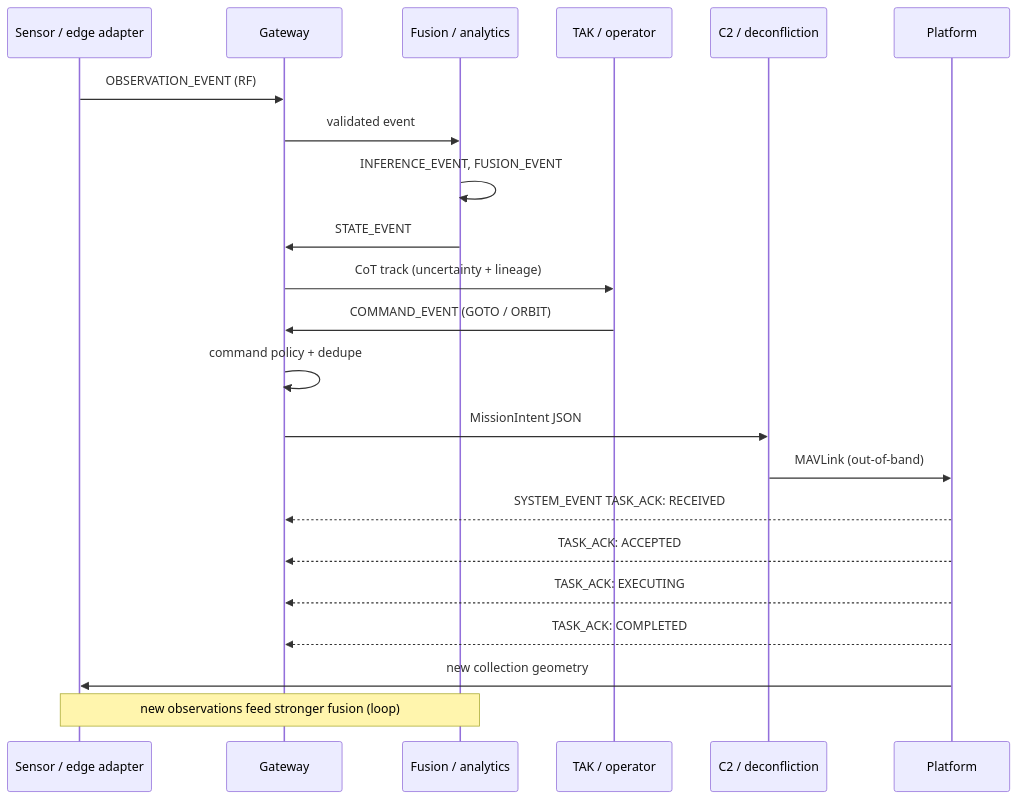
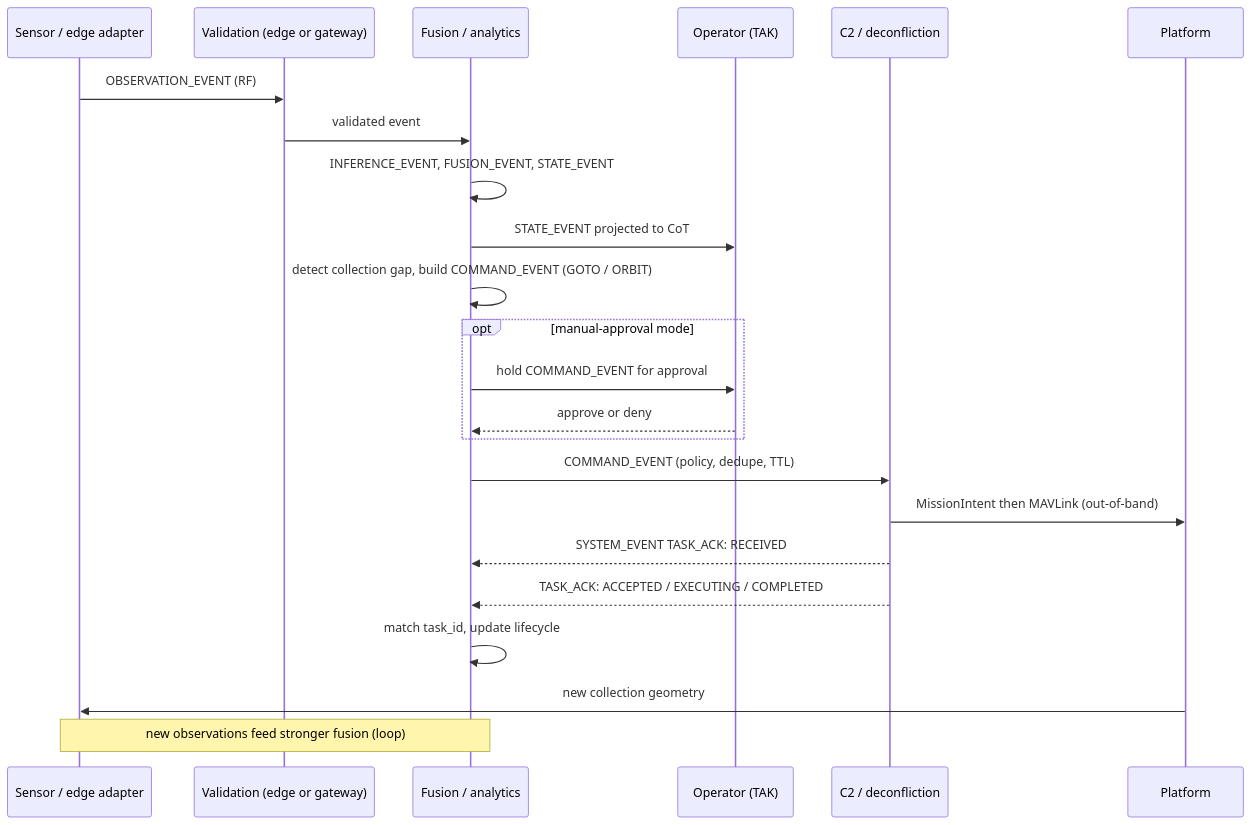
The fifth of 5 diagrams in docs/zmeta_professional_overview.md (JTC-byte/zmeta-spec), drawn with Mermaid before and after one commit. The commit also changed other lines of this file, not shown here.

First line of the commit message:
Tighten overview gateway and retasking semantics

````diff
--- a/docs/zmeta_professional_overview.md
+++ b/docs/zmeta_professional_overview.md
@@ -577,25 +582,26 @@
 ```mermaid
 sequenceDiagram
   participant S as Sensor / edge adapter
-  participant G as Gateway
+  participant G as Validation (edge or gateway)
   participant F as Fusion / analytics
-  participant T as TAK / operator
+  participant O as Operator (TAK)
   participant C as C2 / deconfliction
   participant P as Platform
 
   S->>G: OBSERVATION_EVENT (RF)
   G->>F: validated event
-  F->>F: INFERENCE_EVENT, FUSION_EVENT
-  F->>G: STATE_EVENT
-  G->>T: CoT track (uncertainty + lineage)
-  T->>G: COMMAND_EVENT (GOTO / ORBIT)
-  G->>G: command policy + dedupe
-  G->>C: MissionIntent JSON
-  C->>P: MAVLink (out-of-band)
-  P-->>G: SYSTEM_EVENT TASK_ACK: RECEIVED
-  P-->>G: TASK_ACK: ACCEPTED
-  P-->>G: TASK_ACK: EXECUTING
-  P-->>G: TASK_ACK: COMPLETED
+  F->>F: INFERENCE_EVENT, FUSION_EVENT, STATE_EVENT
+  F->>O: STATE_EVENT projected to CoT
+  F->>F: detect collection gap, build COMMAND_EVENT (GOTO / ORBIT)
+  opt manual-approval mode
+    F->>O: hold COMMAND_EVENT for approval
+    O-->>F: approve or deny
+  end
+  F->>C: COMMAND_EVENT (policy, dedupe, TTL)
+  C->>P: MissionIntent then MAVLink (out-of-band)
+  C-->>F: SYSTEM_EVENT TASK_ACK: RECEIVED
+  C-->>F: TASK_ACK: ACCEPTED / EXECUTING / COMPLETED
+  F->>F: match task_id, update lifecycle
   P->>S: new collection geometry
   Note over S,F: new observations feed stronger fusion (loop)
 ```
````
